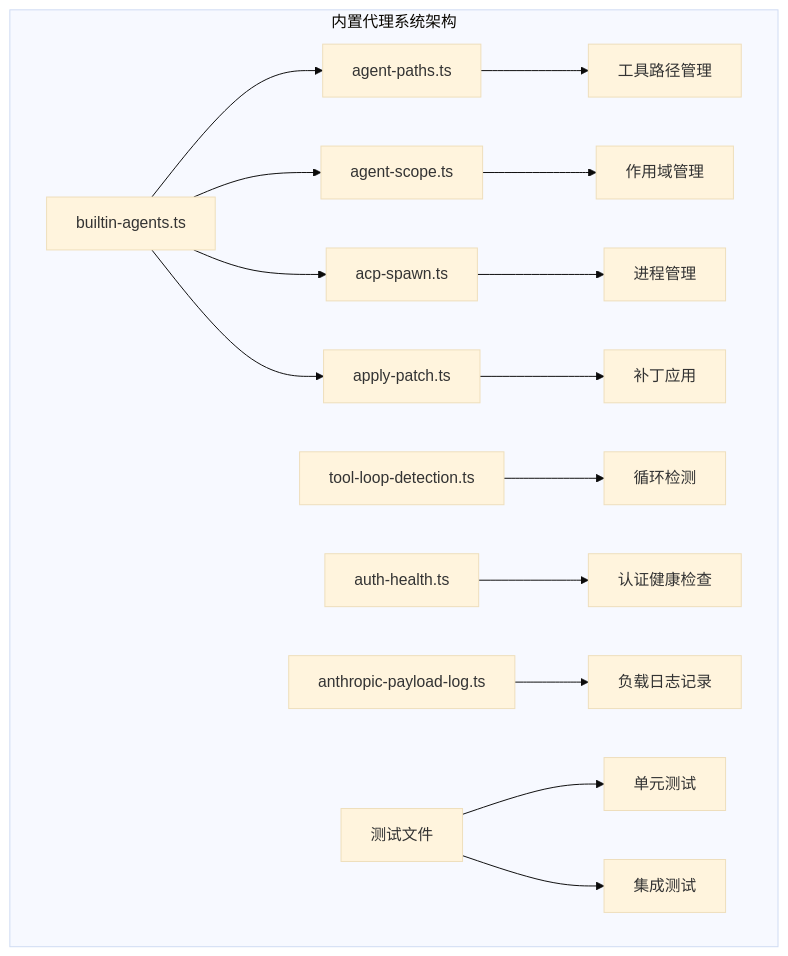
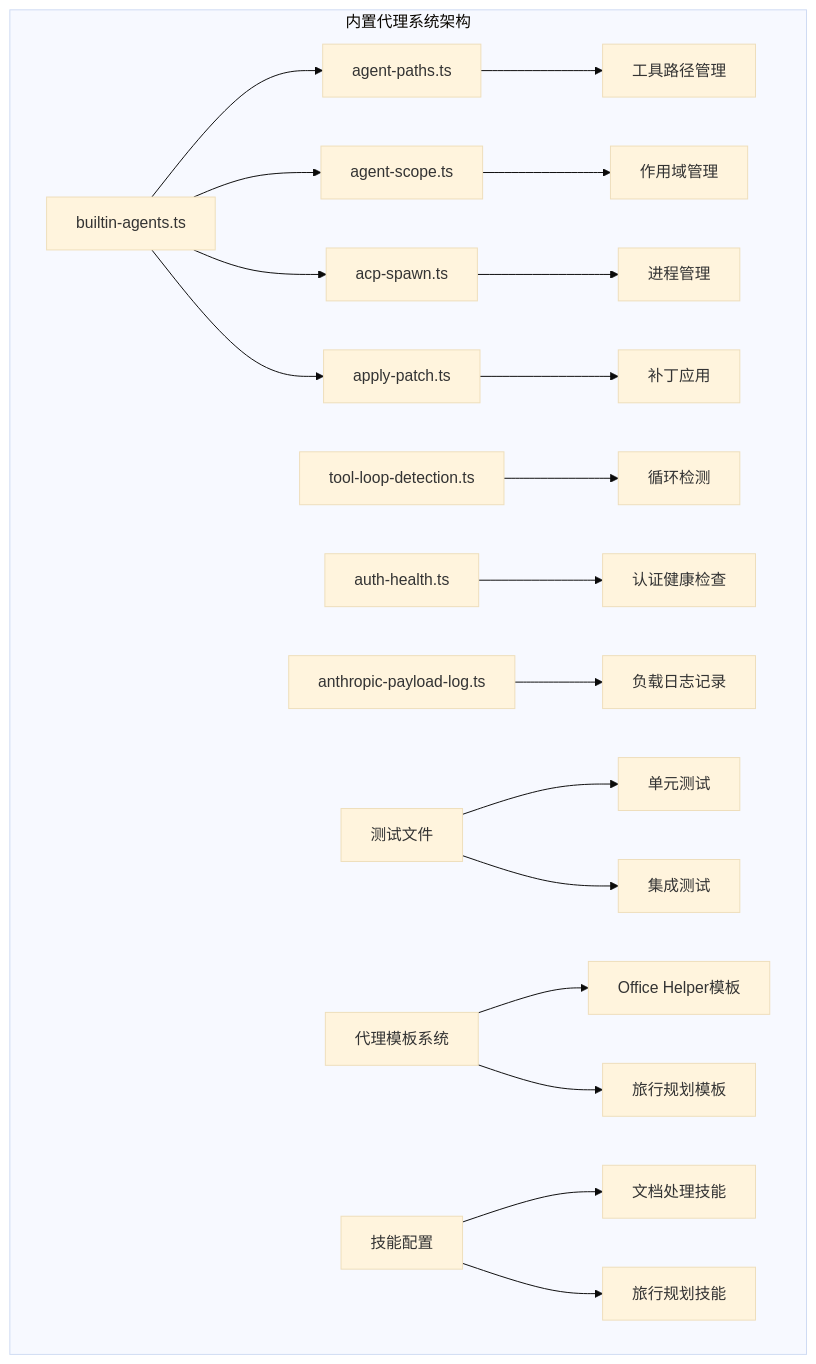
Before and after one commit to verse-ai-org/openclaw: the first of 12 diagrams in .qoder/repowiki/zh/content/Builtin Agents System.md, drawn with Mermaid (base theme). The commit also changed other lines of this file and 7 other files, not shown here.

````diff
--- a/.qoder/repowiki/zh/content/Builtin Agents System.md
+++ b/.qoder/repowiki/zh/content/Builtin Agents System.md
@@ -40,18 +58,22 @@
 ```mermaid
 graph TB
 subgraph "内置代理系统架构"
 A[builtin-agents.ts] --> B[agent-paths.ts]
 A --> C[agent-scope.ts]
 A --> D[acp-spawn.ts]
 A --> E[apply-patch.ts]
 B --> F[工具路径管理]
 C --> G[作用域管理]
 D --> H[进程管理]
 E --> I[补丁应用]
 J[tool-loop-detection.ts] --> K[循环检测]
 L[auth-health.ts] --> M[认证健康检查]
 N[anthropic-payload-log.ts] --> O[负载日志记录]
 P[测试文件] --> Q[单元测试]
 P --> R[集成测试]
+S[代理模板系统] --> T[Office Helper模板]
+S --> U[旅行规划模板]
+V[技能配置] --> W[文档处理技能]
+V --> X[旅行规划技能]
 end
 ```
````
